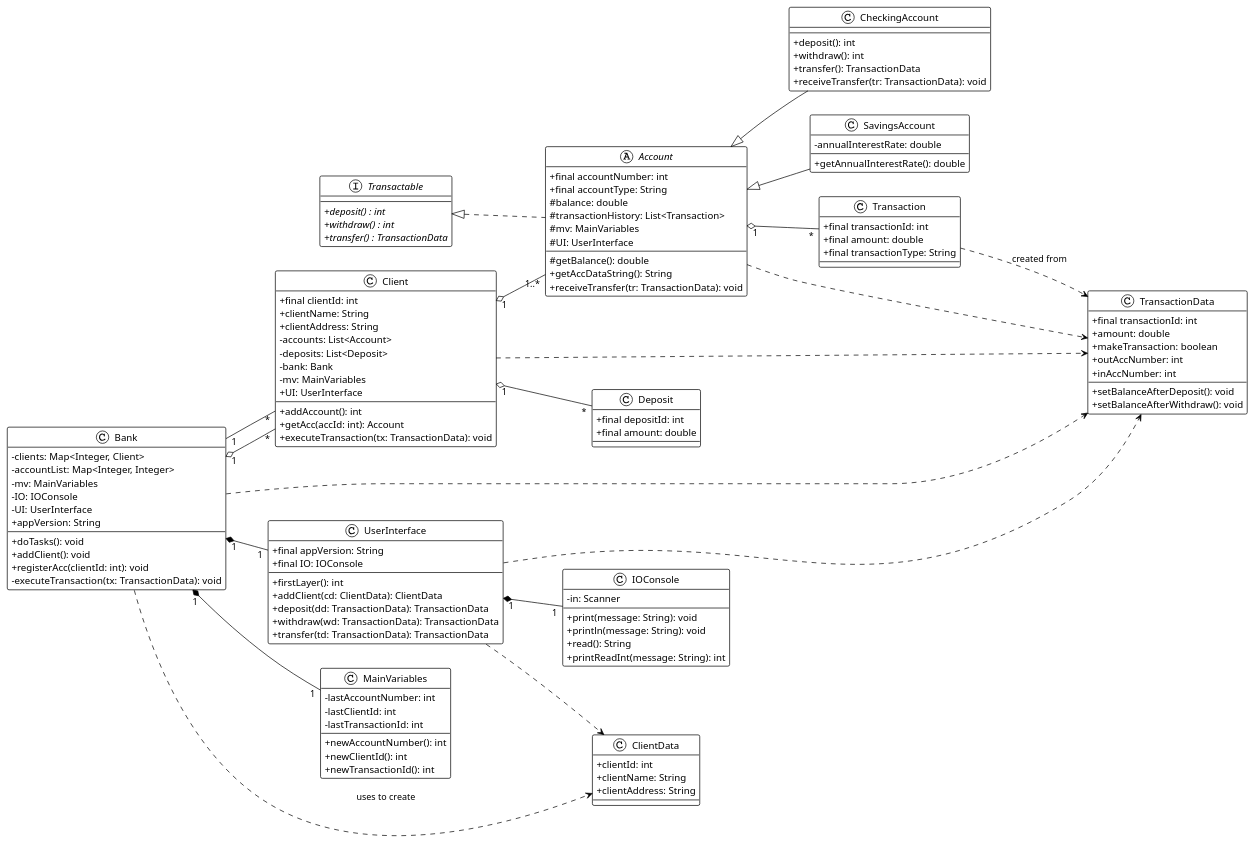
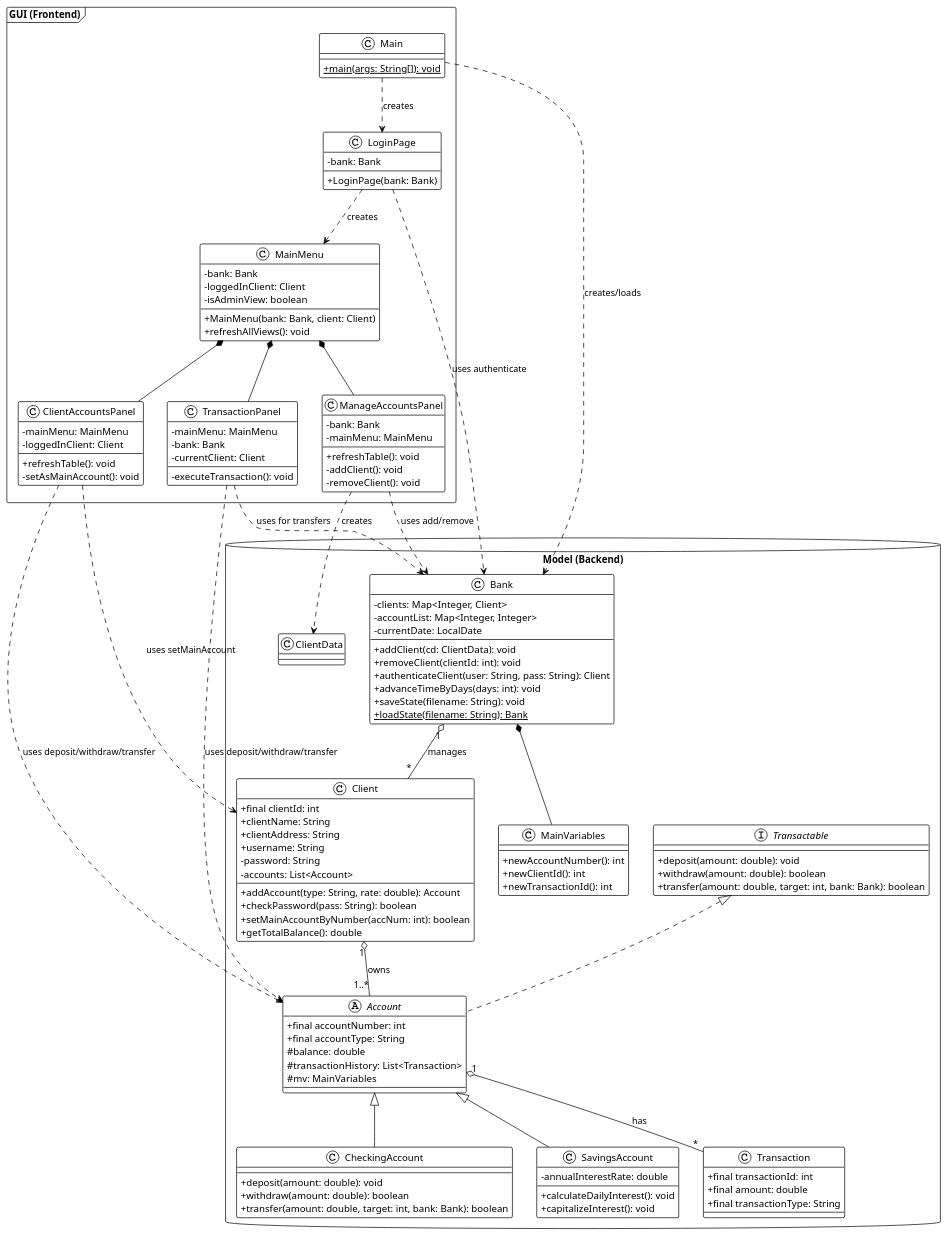
The diagram in diagram.puml (Sweetoos/bank_po), drawn with PlantUML before and after one commit. The commit also changed 1 other file, not shown here.

```diff
--- a/diagram.puml
+++ b/diagram.puml
@@ -1,141 +1,141 @@
 @startuml
 !theme plain
-left to right direction
 skinparam classAttributeIconSize 0
+skinparam packageStyle rect
 
-interface Transactable {
-  + {abstract} deposit() : int
-  + {abstract} withdraw() : int
-  + {abstract} transfer() : TransactionData
-}
+package "Model (Backend)" <<Database>> {
 
-abstract class Account {
-  + final accountNumber: int
-  + final accountType: String
-  # balance: double
-  # transactionHistory: List<Transaction>
-  # mv: MainVariables
-  # UI: UserInterface
-  # getBalance(): double
-  + getAccDataString(): String
-  + receiveTransfer(tr: TransactionData): void
-}
+    interface Transactable {
+        + deposit(amount: double): void
+        + withdraw(amount: double): boolean
+        + transfer(amount: double, target: int, bank: Bank): boolean
+    }
 
-class Bank {
-  - clients: Map<Integer, Client>
-  - accountList: Map<Integer, Integer>
-  - mv: MainVariables
-  - IO: IOConsole
-  - UI: UserInterface
-  + appVersion: String
-  + doTasks(): void
-  + addClient(): void
-  + registerAcc(clientId: int): void
-  - executeTransaction(tx: TransactionData): void
-}
+    abstract class Account implements Transactable {
+        + final accountNumber: int
+        + final accountType: String
+        # balance: double
+        # transactionHistory: List<Transaction>
+        # mv: MainVariables
+    }
 
-class Client {
-  + final clientId: int
-  + clientName: String
-  + clientAddress: String
-  - accounts: List<Account>
-  - deposits: List<Deposit>
-  - bank: Bank
-  - mv: MainVariables
-  + UI: UserInterface
-  + addAccount(): int
-  + getAcc(accId: int): Account
-  + executeTransaction(tx: TransactionData): void
-}
+    class CheckingAccount extends Account {
+        + deposit(amount: double): void
+        + withdraw(amount: double): boolean
+        + transfer(amount: double, target: int, bank: Bank): boolean
+    }
 
-class CheckingAccount {
-  + deposit(): int
-  + withdraw(): int
-  + transfer(): TransactionData
-  + receiveTransfer(tr: TransactionData): void
-}
+    class SavingsAccount extends Account {
+        - annualInterestRate: double
+        + calculateDailyInterest(): void
+        + capitalizeInterest(): void
+    }
 
-class SavingsAccount {
-  - annualInterestRate: double
-  + getAnnualInterestRate(): double
-}
+    class Bank {
+        - clients: Map<Integer, Client>
+        - accountList: Map<Integer, Integer>
+        - currentDate: LocalDate
+        + addClient(cd: ClientData): void
+        + removeClient(clientId: int): void
+        + authenticateClient(user: String, pass: String): Client
+        + advanceTimeByDays(days: int): void
+        + saveState(filename: String): void
+        + {static} loadState(filename: String): Bank
+    }
 
-class Transaction {
-  + final transactionId: int
-  + final amount: double
-  + final transactionType: String
-}
+    class Client {
+        + final clientId: int
+        + clientName: String
+        + clientAddress: String
+        + username: String
+        - password: String
+        - accounts: List<Account>
+        + addAccount(type: String, rate: double): Account
+        + checkPassword(pass: String): boolean
+        + setMainAccountByNumber(accNum: int): boolean
+        + getTotalBalance(): double
+    }
 
-class TransactionData {
-  + final transactionId: int
-  + amount: double
-  + makeTransaction: boolean
-  + outAccNumber: int
-  + inAccNumber: int
-  + setBalanceAfterDeposit(): void
-  + setBalanceAfterWithdraw(): void
-}
+    class Transaction {
+        + final transactionId: int
+        + final amount: double
+        + final transactionType: String
+    }
 
-class UserInterface {
-  + final appVersion: String
-  + final IO: IOConsole
-  + firstLayer(): int
-  + addClient(cd: ClientData): ClientData
-  + deposit(dd: TransactionData): TransactionData
-  + withdraw(wd: TransactionData): TransactionData
-  + transfer(td: TransactionData): TransactionData
-}
+    class MainVariables {
+        + newAccountNumber(): int
+        + newClientId(): int
+        + newTransactionId(): int
+    }
 
-class IOConsole {
-  - in: Scanner
-  + print(message: String): void
-  + println(message: String): void
-  + read(): String
-  + printReadInt(message: String): int
-}
-
-class MainVariables {
-  - lastAccountNumber: int
-  - lastClientId: int
-  - lastTransactionId: int
-  + newAccountNumber(): int
-  + newClientId(): int
-  + newTransactionId(): int
-}
-
-class ClientData {
-  + clientId: int
-  + clientName: String
-  + clientAddress: String
-}
-
-class Deposit {
-    + final depositId: int
-    + final amount: double
+    class ClientData {}
 }
 
 
-Account <|-- CheckingAccount
-Account <|-- SavingsAccount
+package "GUI (Frontend)" <<Frame>> {
 
-Transactable <|.. Account
+    class Main {
+        + {static} main(args: String[]): void
+    }
 
-Bank "1" *-- "1" MainVariables
-Bank "1" *-- "1" UserInterface
-UserInterface "1" *-- "1" IOConsole
-Bank "1" o-- "*" Client
-Client "1" o-- "1..*" Account
-Client "1" o-- "*" Deposit
-Account "1" o-- "*" Transaction
+    class LoginPage {
+        - bank: Bank
+        + LoginPage(bank: Bank)
+    }
 
-Client "*" -- "1" Bank
+    class MainMenu {
+        - bank: Bank
+        - loggedInClient: Client
+        - isAdminView: boolean
+        + MainMenu(bank: Bank, client: Client)
+        + refreshAllViews(): void
+    }
 
-Bank ..> ClientData : uses to create
-Bank ..> TransactionData
-Client ..> TransactionData
-Account ..> TransactionData
-Transaction ..> TransactionData : created from
-UserInterface ..> ClientData
-UserInterface ..> TransactionData
+    class ManageAccountsPanel {
+        - bank: Bank
+        - mainMenu: MainMenu
+        + refreshTable(): void
+        - addClient(): void
+        - removeClient(): void
+    }
+
+    class ClientAccountsPanel {
+        - mainMenu: MainMenu
+        - loggedInClient: Client
+        + refreshTable(): void
+        - setAsMainAccount(): void
+    }
+
+    class TransactionPanel {
+        - mainMenu: MainMenu
+        - bank: Bank
+        - currentClient: Client
+        - executeTransaction(): void
+    }
+}
+
+
+
+Main ..> Bank : creates/loads
+Main ..> LoginPage : creates
+
+LoginPage ..> MainMenu : creates
+MainMenu *-- ManageAccountsPanel
+MainMenu *-- ClientAccountsPanel
+MainMenu *-- TransactionPanel
+
+Bank "1" o-- "*" Client : manages
+Client "1" o-- "1..*" Account : owns
+Account "1" o-- "*" Transaction : has
+
+Bank *-- MainVariables
+
+LoginPage ..> Bank : uses authenticate
+ManageAccountsPanel ..> Bank : uses add/remove
+ManageAccountsPanel ..> ClientData : creates
+TransactionPanel ..> Bank : uses for transfers
+TransactionPanel ..> Account : uses deposit/withdraw/transfer
+ClientAccountsPanel ..> Account : uses deposit/withdraw/transfer
+ClientAccountsPanel ..> Client : uses setMainAccount
 
 @enduml
```
